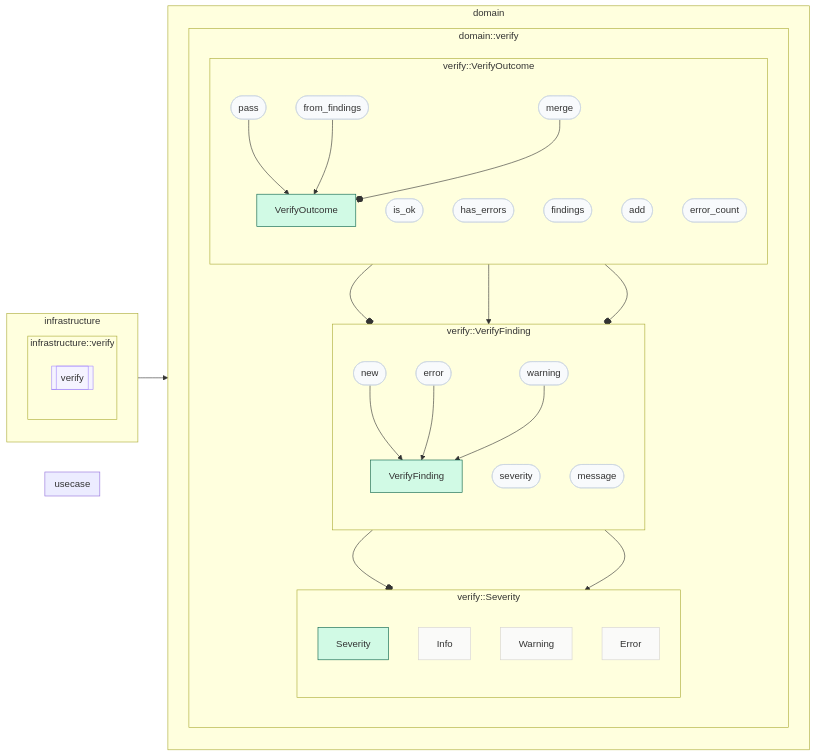
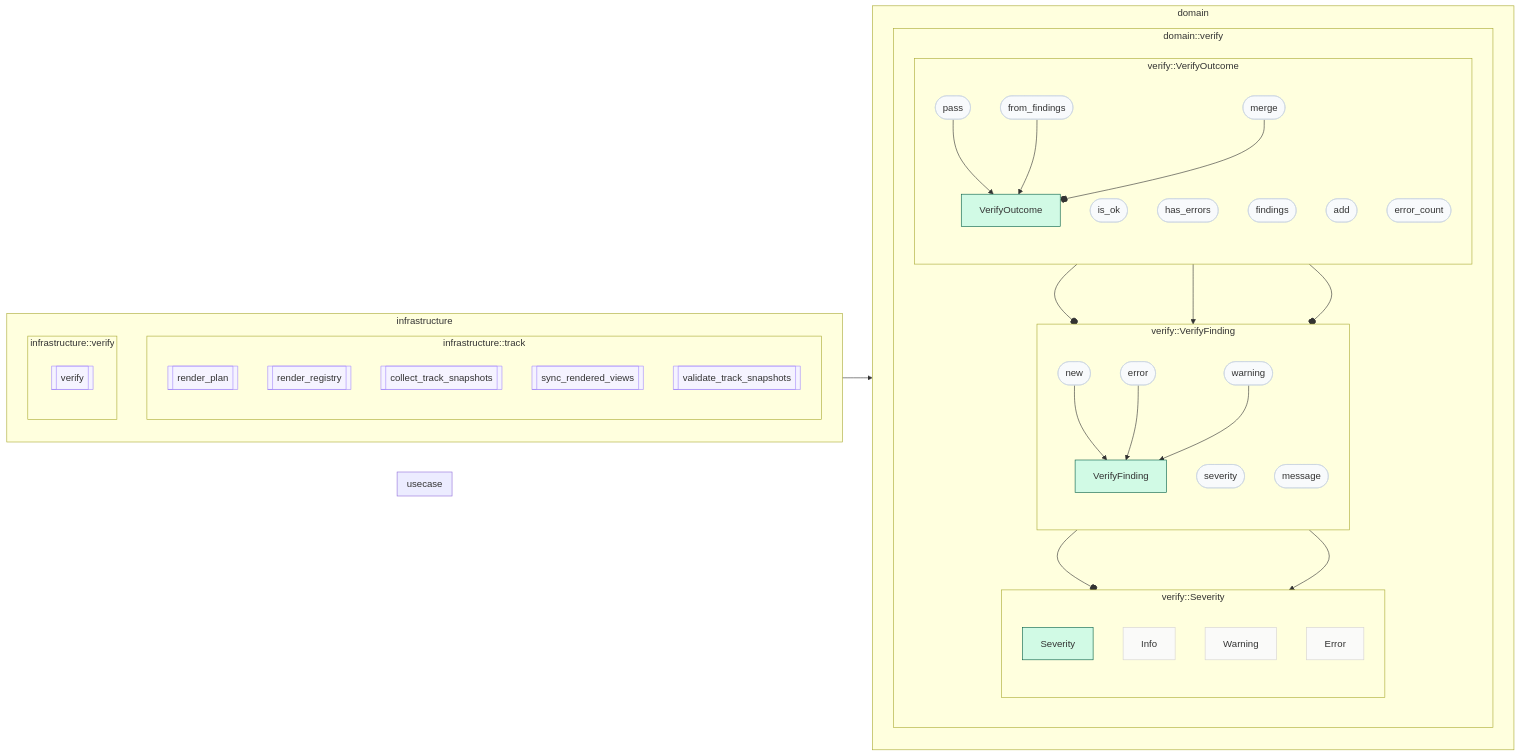
The diagram in track/items/enforce-module-size-limit-splitting-2026-06-06/contract-map.md (Flip451/SoTOHE-core), drawn with Mermaid before and after one commit. The commit also changed 92 other files, not shown here.

````diff
--- a/track/items/enforce-module-size-limit-splitting-2026-06-06/contract-map.md
+++ b/track/items/enforce-module-size-limit-splitting-2026-06-06/contract-map.md
@@ -62,6 +62,14 @@
 end
 subgraph infrastructure["infrastructure"]
   direction TB
+  subgraph infrastructure_infrastructure_module_track["infrastructure::track"]
+    direction TB
+  F78_infrastructure_infrastructure_infrastructure__track__render__plan__render_plan[[render_plan]]
+  F86_infrastructure_infrastructure_infrastructure__track__render__registry__render_registry[[render_registry]]
+  F94_infrastructure_infrastructure_infrastructure__track__render__snapshot__collect_track_snapshots[[collect_track_snapshots]]
+  F86_infrastructure_infrastructure_infrastructure__track__render__sync__sync_rendered_views[[sync_rendered_views]]
+  F95_infrastructure_infrastructure_infrastructure__track__render__validate__validate_track_snapshots[[validate_track_snapshots]]
+  end
   subgraph infrastructure_infrastructure_module_verify["infrastructure::verify"]
     direction TB
   F73_infrastructure_infrastructure_infrastructure__verify__module_size__verify[[verify]]
@@ -98,6 +106,16 @@
 class T27_domain_domain_VerifyOutcome_merge method_node
 class T27_domain_domain_VerifyOutcome_error_count method_node
 class T27_domain_domain_VerifyOutcome__self value_object
+class F78_infrastructure_infrastructure_infrastructure__track__render__plan__render_plan free_function
+class F78_infrastructure_infrastructure_infrastructure__track__render__plan__render_plan function_node
+class F86_infrastructure_infrastructure_infrastructure__track__render__registry__render_registry free_function
+class F86_infrastructure_infrastructure_infrastructure__track__render__registry__render_registry function_node
+class F94_infrastructure_infrastructure_infrastructure__track__render__snapshot__collect_track_snapshots free_function
+class F94_infrastructure_infrastructure_infrastructure__track__render__snapshot__collect_track_snapshots function_node
+class F86_infrastructure_infrastructure_infrastructure__track__render__sync__sync_rendered_views free_function
+class F86_infrastructure_infrastructure_infrastructure__track__render__sync__sync_rendered_views function_node
+class F95_infrastructure_infrastructure_infrastructure__track__render__validate__validate_track_snapshots free_function
+class F95_infrastructure_infrastructure_infrastructure__track__render__validate__validate_track_snapshots function_node
 class F73_infrastructure_infrastructure_infrastructure__verify__module_size__verify free_function
 class F73_infrastructure_infrastructure_infrastructure__verify__module_size__verify function_node
 ```
````
